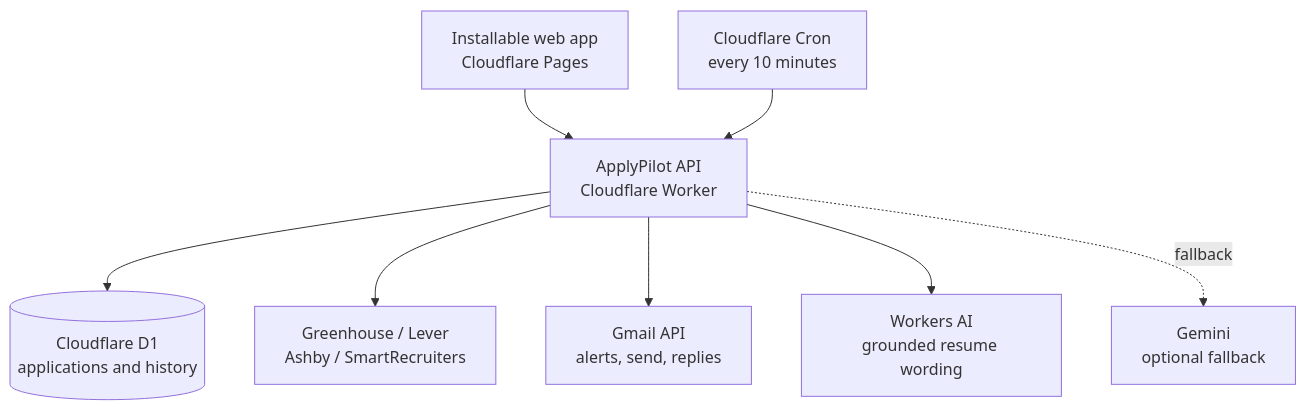
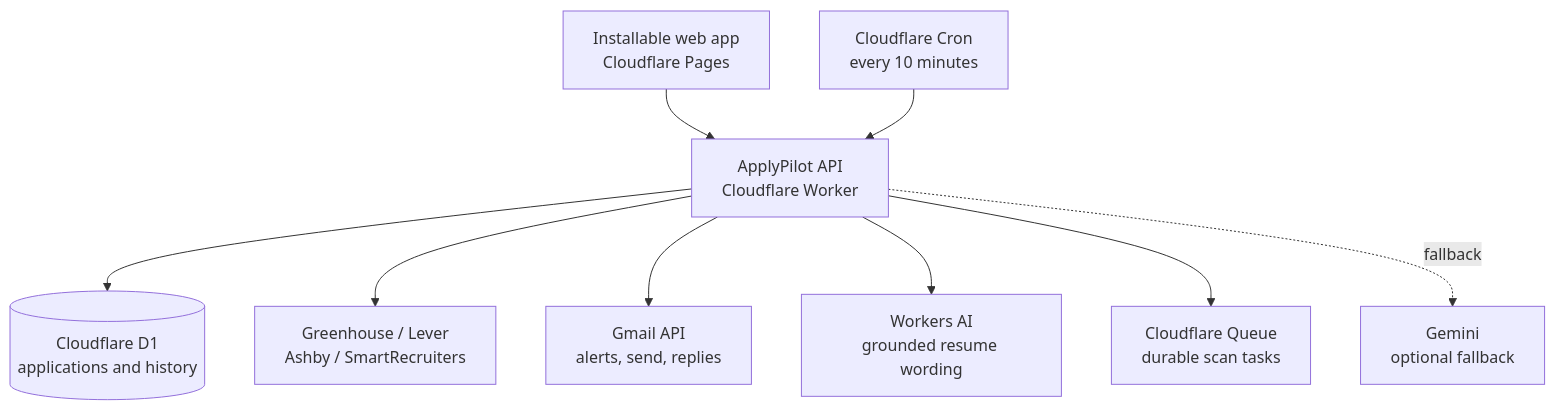
One commit to rizz1406/apply-pilot changed the second of 2 diagrams in README.md. Above: the diagram before and after it, drawn with Mermaid. The commit also changed other lines of this file and 21 other files, not shown here.

````diff
--- a/README.md
+++ b/README.md
@@ -67,10 +68,11 @@
 ```mermaid
 flowchart TB
     UI[Installable web app<br/>Cloudflare Pages] --> API[ApplyPilot API<br/>Cloudflare Worker]
     API --> DB[(Cloudflare D1<br/>applications and history)]
     API --> ATS[Greenhouse / Lever<br/>Ashby / SmartRecruiters]
     API --> GMAIL[Gmail API<br/>alerts, send, replies]
     API --> AI[Workers AI<br/>grounded resume wording]
+    API --> QUEUE[Cloudflare Queue<br/>durable scan tasks]
     API -. fallback .-> GEMINI[Gemini<br/>optional fallback]
     CRON[Cloudflare Cron<br/>every 10 minutes] --> API
 ```
````
